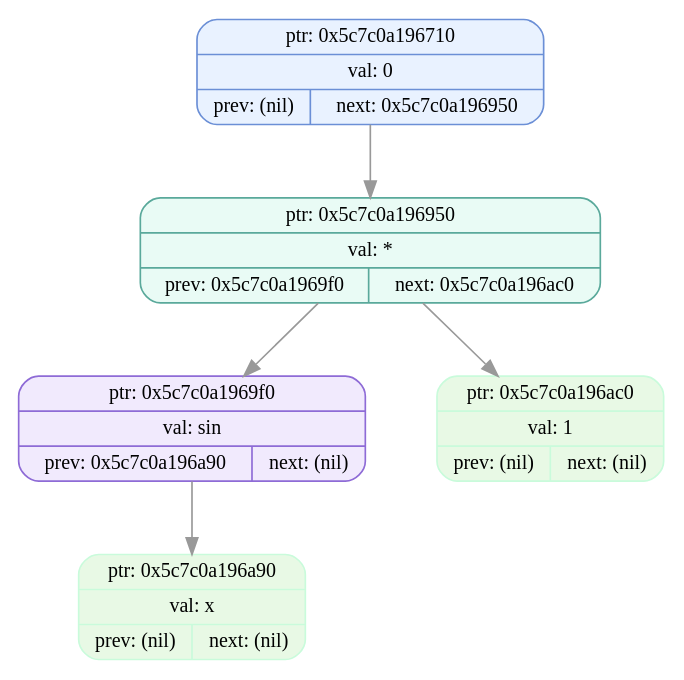
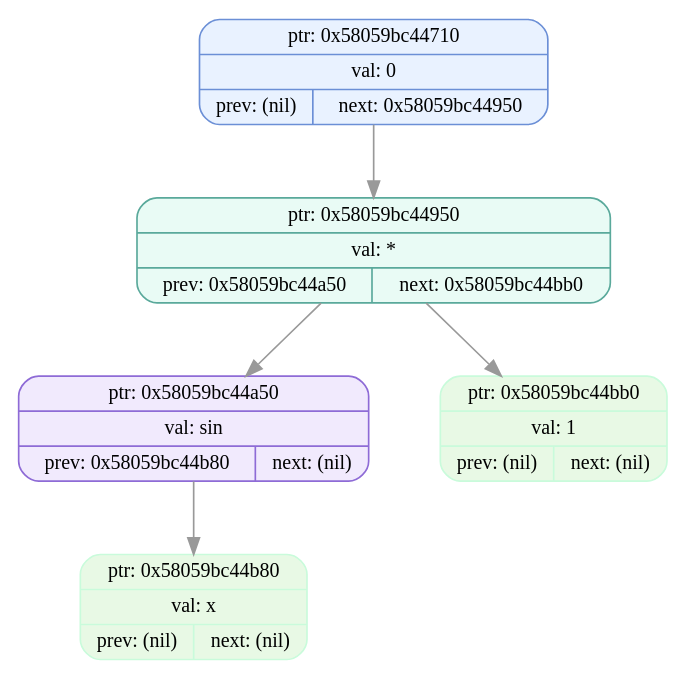
The diagram in dumps/tree_dump_003.dot (EvilTomato9890/Difference), drawn with Graphviz before and after one commit. The commit also changed 29 other files, not shown here.

```diff
--- a/dumps/tree_dump_003.dot
+++ b/dumps/tree_dump_003.dot
@@ -1,13 +1,13 @@
 digraph T{
   node [fontname="Fira Mono",shape=record,style="filled,rounded",fontsize=12];
   graph [splines=true, nodesep=0.6, ranksep=0.6];
-  node_0x5c7c0a196710[shape=record,label="{ {ptr: 0x5c7c0a196710} | {val: 0} | { prev: (nil) | next: 0x5c7c0a196950 } }",color="#6b8fd6",fillcolor="#e9f2ff"];
-  node_0x5c7c0a196950[shape=record,label="{ {ptr: 0x5c7c0a196950} | {val: *} | { prev: 0x5c7c0a1969f0 | next: 0x5c7c0a196ac0 } }",color="#5aa99b",fillcolor="#e9fbf5"];
-  node_0x5c7c0a1969f0[shape=record,label="{ {ptr: 0x5c7c0a1969f0} | {val: sin} | { prev: 0x5c7c0a196a90 | next: (nil) } }",color="#8e6bd6",fillcolor="#f1eafd"];
-  node_0x5c7c0a196a90[shape=record,label="{ {ptr: 0x5c7c0a196a90} | {val: x} | { prev: (nil) | next: (nil) } }",color="#c9fbdbff",fillcolor="#e8f9e5ff"];
-  node_0x5c7c0a196ac0[shape=record,label="{ {ptr: 0x5c7c0a196ac0} | {val: 1} | { prev: (nil) | next: (nil) } }",color="#c9fbdbff",fillcolor="#e8f9e5ff"];
-  node_0x5c7c0a196710 -> node_0x5c7c0a196950 [color="#999999"];
-  node_0x5c7c0a196950 -> node_0x5c7c0a1969f0 [color="#999999"];
-  node_0x5c7c0a196950 -> node_0x5c7c0a196ac0 [color="#999999"];
-  node_0x5c7c0a1969f0 -> node_0x5c7c0a196a90 [color="#999999"];
+  node_0x58059bc44710[shape=record,label="{ {ptr: 0x58059bc44710} | {val: 0} | { prev: (nil) | next: 0x58059bc44950 } }",color="#6b8fd6",fillcolor="#e9f2ff"];
+  node_0x58059bc44950[shape=record,label="{ {ptr: 0x58059bc44950} | {val: *} | { prev: 0x58059bc44a50 | next: 0x58059bc44bb0 } }",color="#5aa99b",fillcolor="#e9fbf5"];
+  node_0x58059bc44a50[shape=record,label="{ {ptr: 0x58059bc44a50} | {val: sin} | { prev: 0x58059bc44b80 | next: (nil) } }",color="#8e6bd6",fillcolor="#f1eafd"];
+  node_0x58059bc44b80[shape=record,label="{ {ptr: 0x58059bc44b80} | {val: x} | { prev: (nil) | next: (nil) } }",color="#c9fbdbff",fillcolor="#e8f9e5ff"];
+  node_0x58059bc44bb0[shape=record,label="{ {ptr: 0x58059bc44bb0} | {val: 1} | { prev: (nil) | next: (nil) } }",color="#c9fbdbff",fillcolor="#e8f9e5ff"];
+  node_0x58059bc44710 -> node_0x58059bc44950 [color="#999999"];
+  node_0x58059bc44950 -> node_0x58059bc44a50 [color="#999999"];
+  node_0x58059bc44950 -> node_0x58059bc44bb0 [color="#999999"];
+  node_0x58059bc44a50 -> node_0x58059bc44b80 [color="#999999"];
 }
```
